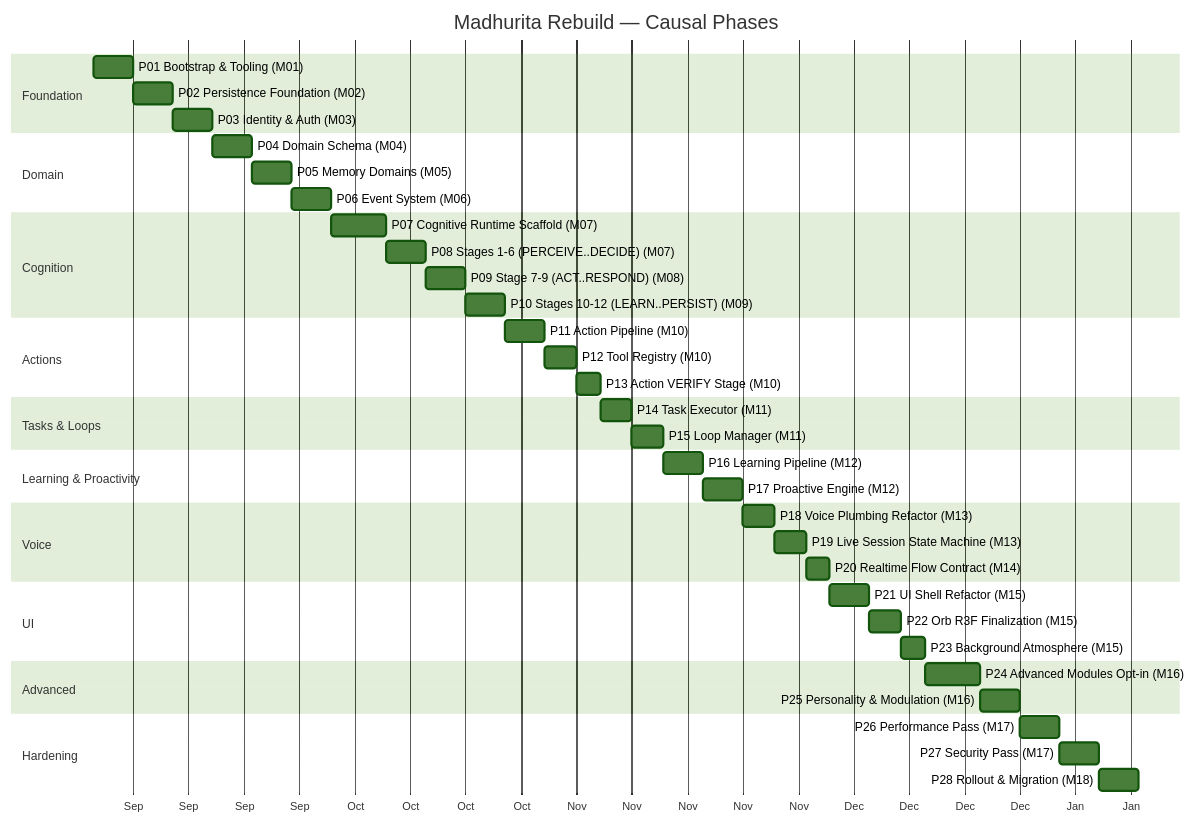
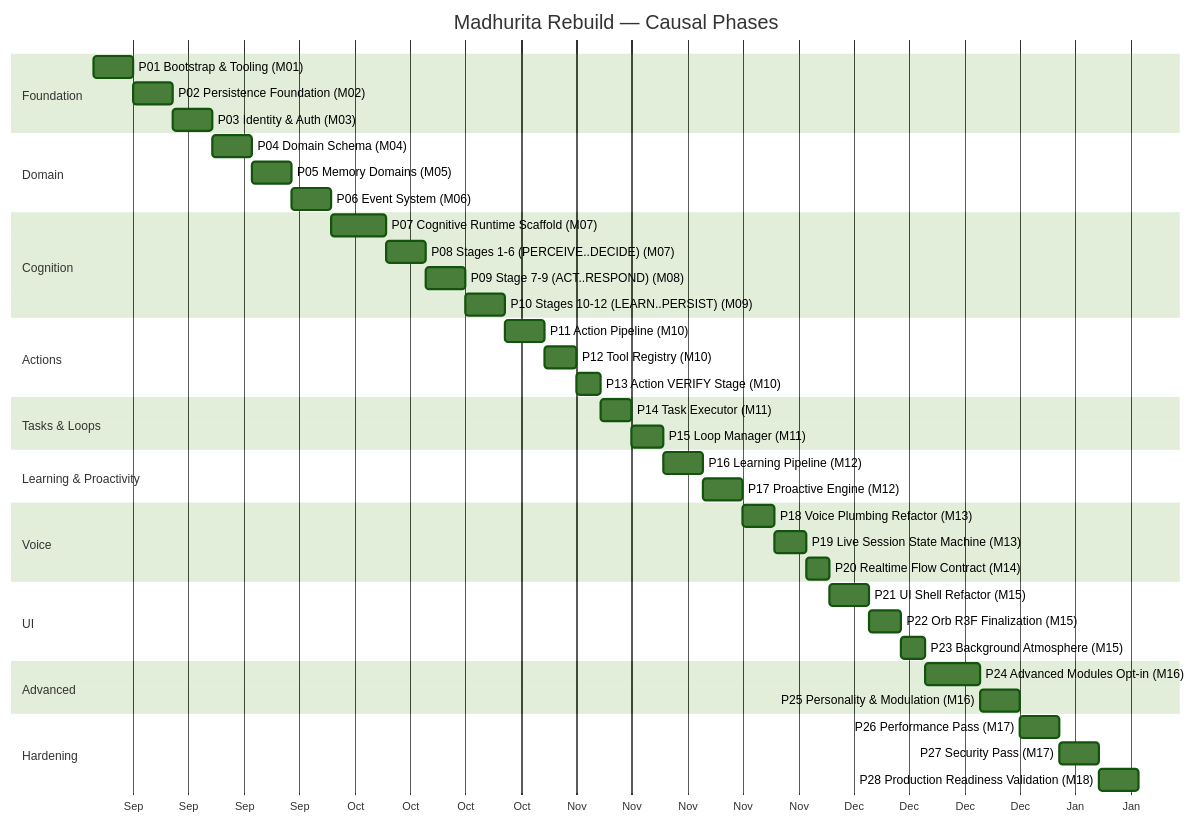
One commit to Ankit-Singh-BBD/She-is-still-alive. changed diagram 21 of 21 in docs/MADHURITA_BUILD_BOOK.md. Above: the diagram before and after it, drawn with Mermaid (forest theme). The commit also changed other lines of this file and 161 other files, not shown here.

````diff
--- a/docs/MADHURITA_BUILD_BOOK.md
+++ b/docs/MADHURITA_BUILD_BOOK.md
@@ -2104,44 +2103,44 @@
 ```mermaid
 gantt
   title Madhurita Rebuild — Causal Phases
   dateFormat YYYY-MM-DD
   axisFormat %b
   section Foundation
   P01 Bootstrap & Tooling (M01)        :p01, 2026-09-01, 5d
   P02 Persistence Foundation (M02)     :p02, after p01, 5d
   P03 Identity & Auth (M03)             :p03, after p02, 5d
   section Domain
   P04 Domain Schema (M04)              :p04, after p03, 5d
   P05 Memory Domains (M05)              :p05, after p04, 5d
   P06 Event System (M06)               :p06, after p05, 5d
   section Cognition
   P07 Cognitive Runtime Scaffold (M07) :p07, after p06, 7d
   P08 Stages 1-6 (PERCEIVE..DECIDE) (M07):p08, after p07, 5d
   P09 Stage 7-9 (ACT..RESPOND) (M08)   :p09, after p08, 5d
   P10 Stages 10-12 (LEARN..PERSIST) (M09):p10, after p09, 5d
   section Actions
   P11 Action Pipeline (M10)            :p11, after p10, 5d
   P12 Tool Registry (M10)              :p12, after p11, 4d
   P13 Action VERIFY Stage (M10)        :p13, after p12, 3d
   section Tasks & Loops
   P14 Task Executor (M11)              :p14, after p13, 4d
   P15 Loop Manager (M11)               :p15, after p14, 4d
   section Learning & Proactivity
   P16 Learning Pipeline (M12)          :p16, after p15, 5d
   P17 Proactive Engine (M12)           :p17, after p16, 5d
   section Voice
   P18 Voice Plumbing Refactor (M13)    :p18, after p17, 4d
   P19 Live Session State Machine (M13) :p19, after p18, 4d
   P20 Realtime Flow Contract (M14)     :p20, after p19, 3d
   section UI
   P21 UI Shell Refactor (M15)          :p21, after p20, 5d
   P22 Orb R3F Finalization (M15)       :p22, after p21, 4d
   P23 Background Atmosphere (M15)      :p23, after p22, 3d
   section Advanced
   P24 Advanced Modules Opt-in (M16)    :p24, after p23, 7d
   P25 Personality & Modulation (M16)   :p25, after p24, 5d
   section Hardening
   P26 Performance Pass (M17)           :p26, after p25, 5d
   P27 Security Pass (M17)              :p27, after p26, 5d
-  P28 Rollout & Migration (M18)        :p28, after p27, 5d
+  P28 Production Readiness Validation (M18) :p28, after p27, 5d
 ```
````
